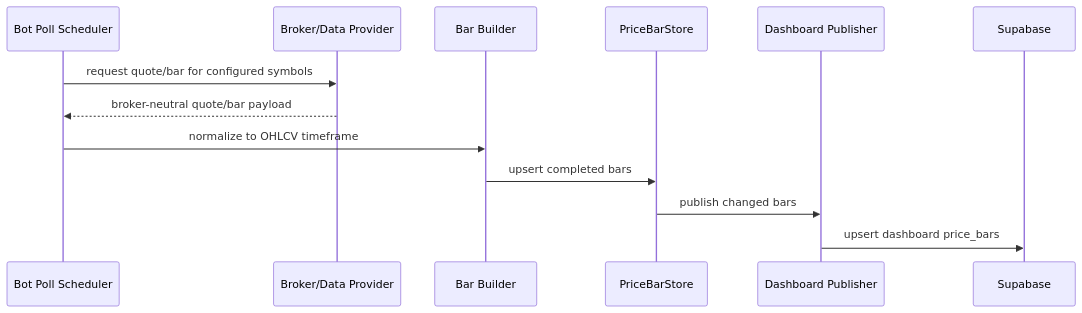
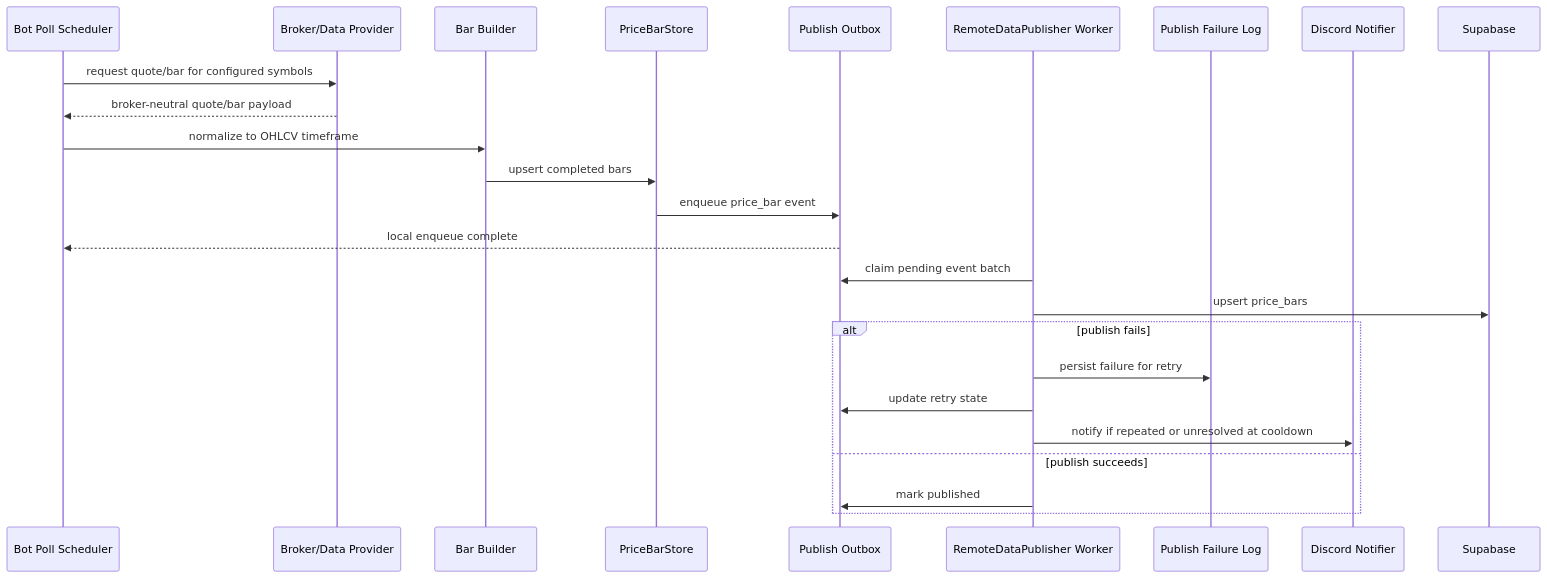
Before and after one commit to Wenting-Luo2993/strategy-lab: the second of 3 diagrams in docs/trading-bot-mvp/dashboards/TDS-live-dashboard.md, drawn with Mermaid. The commit also changed other lines of this file, not shown here.

Commit message:
docs(live-dashboard): tech design spec completed

````diff
--- a/docs/trading-bot-mvp/dashboards/TDS-live-dashboard.md
+++ b/docs/trading-bot-mvp/dashboards/TDS-live-dashboard.md
@@ -268,15 +421,27 @@
 ```mermaid
 sequenceDiagram
     participant Scheduler as Bot Poll Scheduler
     participant Provider as Broker/Data Provider
     participant Builder as Bar Builder
     participant Store as PriceBarStore
-    participant Publisher as Dashboard Publisher
+    participant Outbox as Publish Outbox
+    participant Publisher as RemoteDataPublisher Worker
+    participant FailureLog as Publish Failure Log
+    participant Discord as Discord Notifier
 
     Scheduler->>Provider: request quote/bar for configured symbols
     Provider-->>Scheduler: broker-neutral quote/bar payload
     Scheduler->>Builder: normalize to OHLCV timeframe
     Builder->>Store: upsert completed bars
-    Store->>Publisher: publish changed bars
-    Publisher->>Supabase: upsert dashboard price_bars
+    Store->>Outbox: enqueue price_bar event
+    Outbox-->>Scheduler: local enqueue complete
+    Publisher->>Outbox: claim pending event batch
+    Publisher->>Supabase: upsert price_bars
+    alt publish fails
+        Publisher->>FailureLog: persist failure for retry
+        Publisher->>Outbox: update retry state
+        Publisher->>Discord: notify if repeated or unresolved at cooldown
+    else publish succeeds
+        Publisher->>Outbox: mark published
+    end
 ```
````
